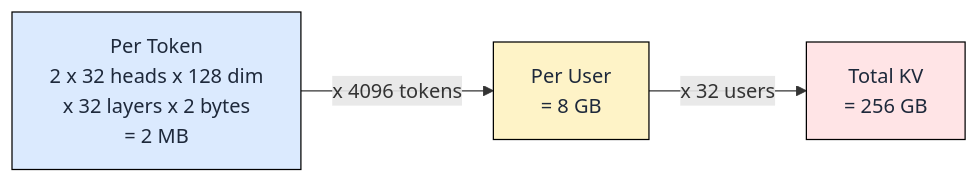
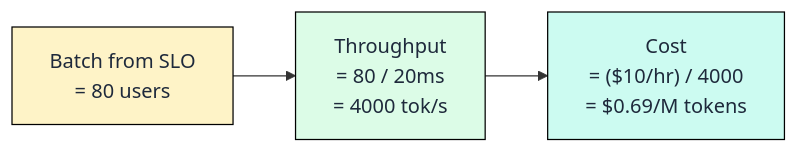
The eighth of 9 diagrams in content/02_sizing_and_serving/02.1_capacity_planning/capacity_planning.md (harshuljain13/llm-inference-at-scale), drawn with Mermaid before and after one commit. The commit also changed other lines of this file and 27 other files, not shown here.

````diff
--- a/content/02_sizing_and_serving/02.1_capacity_planning/capacity_planning.md
+++ b/content/02_sizing_and_serving/02.1_capacity_planning/capacity_planning.md
@@ -52,8 +211,9 @@
 ```mermaid
 flowchart LR
-    A["Per Token<br>2 x 32 heads x 128 dim<br>x 32 layers x 2 bytes<br>= 2 MB"] -->|"x 4096 tokens"| B["Per User<br>= 8 GB"]  -->|"x 32 users"| C["Total KV<br>= 256 GB"]
+    B["Batch from SLO<br>= 80 users"] --> T["Throughput<br>= 80 / 20ms<br>= 4000 tok/s"]
+    T --> C["Cost<br>= ($10/hr) / 4000<br>= $0.69/M tokens"]
 
-    style A fill:#dbeafe,stroke:#000,color:#1e293b
     style B fill:#fef3c7,stroke:#000,color:#1e293b
-    style C fill:#ffe4e6,stroke:#000,color:#1e293b
+    style T fill:#dcfce7,stroke:#000,color:#1e293b
+    style C fill:#ccfbf1,stroke:#000,color:#1e293b
 ```
````
